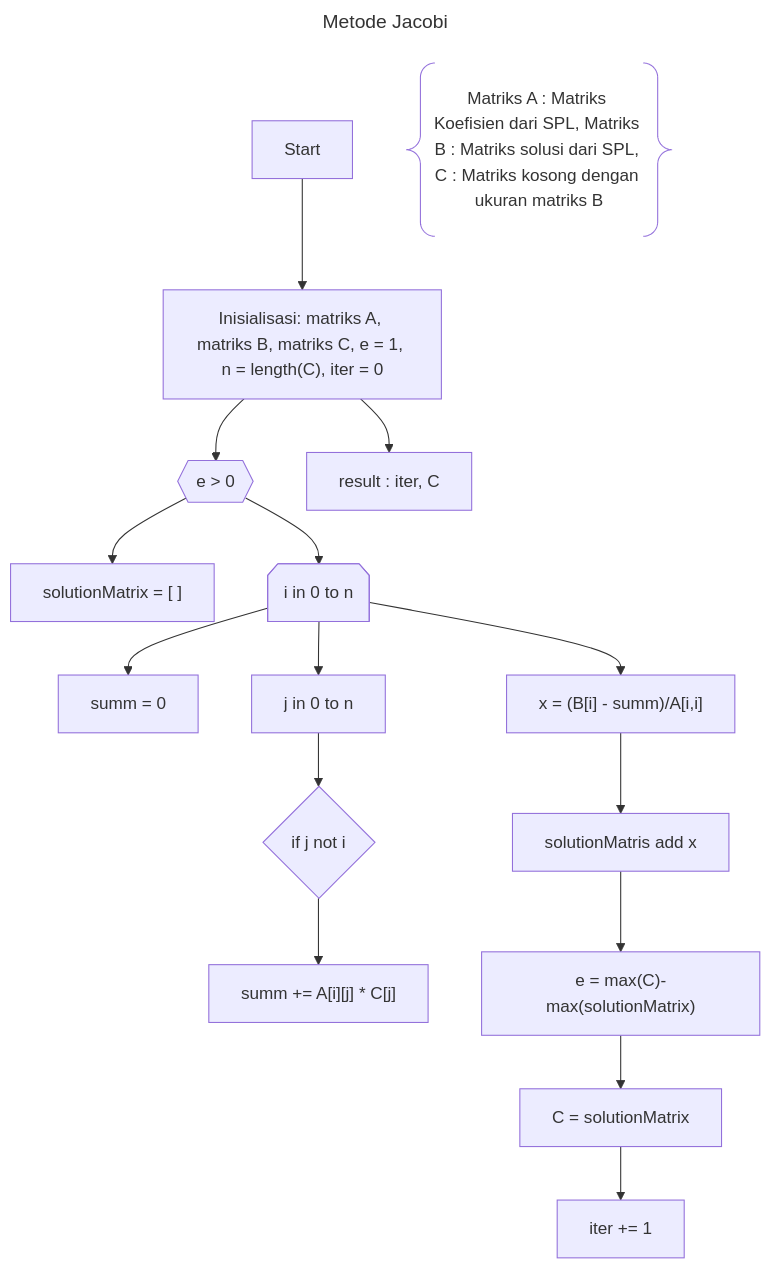
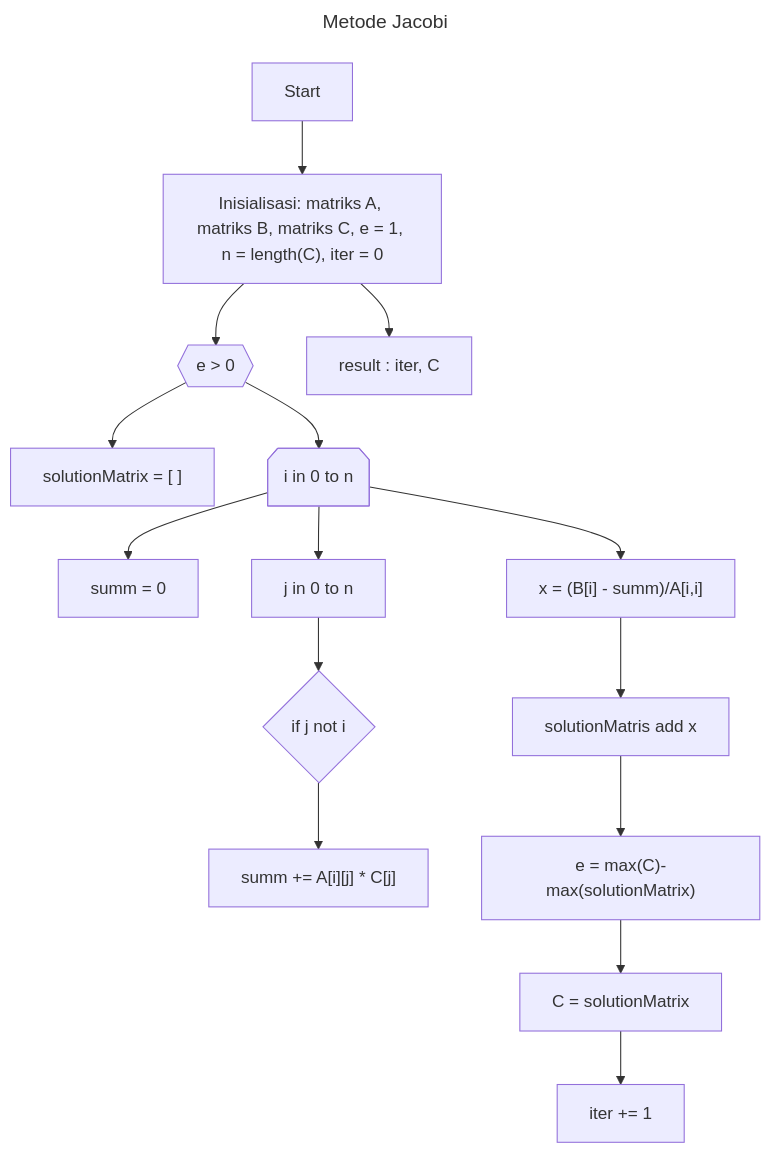
One commit to aslabkomfis/Komputasi-Numerik-24-25 changed the diagram in Modul-3/metode-jacobi.mmd. Above: the diagram before and after it, drawn with Mermaid.

```diff
--- a/Modul-3/metode-jacobi.mmd
+++ b/Modul-3/metode-jacobi.mmd
@@ -1,21 +1,19 @@
 ---
 title: Metode Jacobi    
 ---
 
 flowchart TD;
-    A[Start] --> B["Inisialisasi: matriks A, matriks B, matriks C, e = 1, n = length(C), iter = 0"] 
-
-    Z@{ shape: braces, label: "Matriks A : Matriks Koefisien dari SPL, Matriks B : Matriks solusi dari SPL, C : Matriks kosong dengan ukuran matriks B" } 
+    A[Start] --> B["Inisialisasi: matriks A, matriks B, matriks C, e = 1, n = length(C), iter = 0"]  
     B --> C{{"e > 0"}}
     C --> D["solutionMatrix = [ ]"]
     C --> F@{shape: notch-pent, label: "i in 0 to n"}
     F --> G["summ = 0"]
     F --> H["j in 0 to n"]
     H --> I{"if j not i"}
     I --> J["summ += A[i][j] * C[j]"]
     F --> K["x = (B[i] - summ)/A[i,i]"]
     K --> L["solutionMatris add x"]
     L --> M["e = max(C)-max(solutionMatrix)"]
     M --> N["C = solutionMatrix"]
     N --> O["iter += 1"]
     B --> P["result : iter, C"]
```
